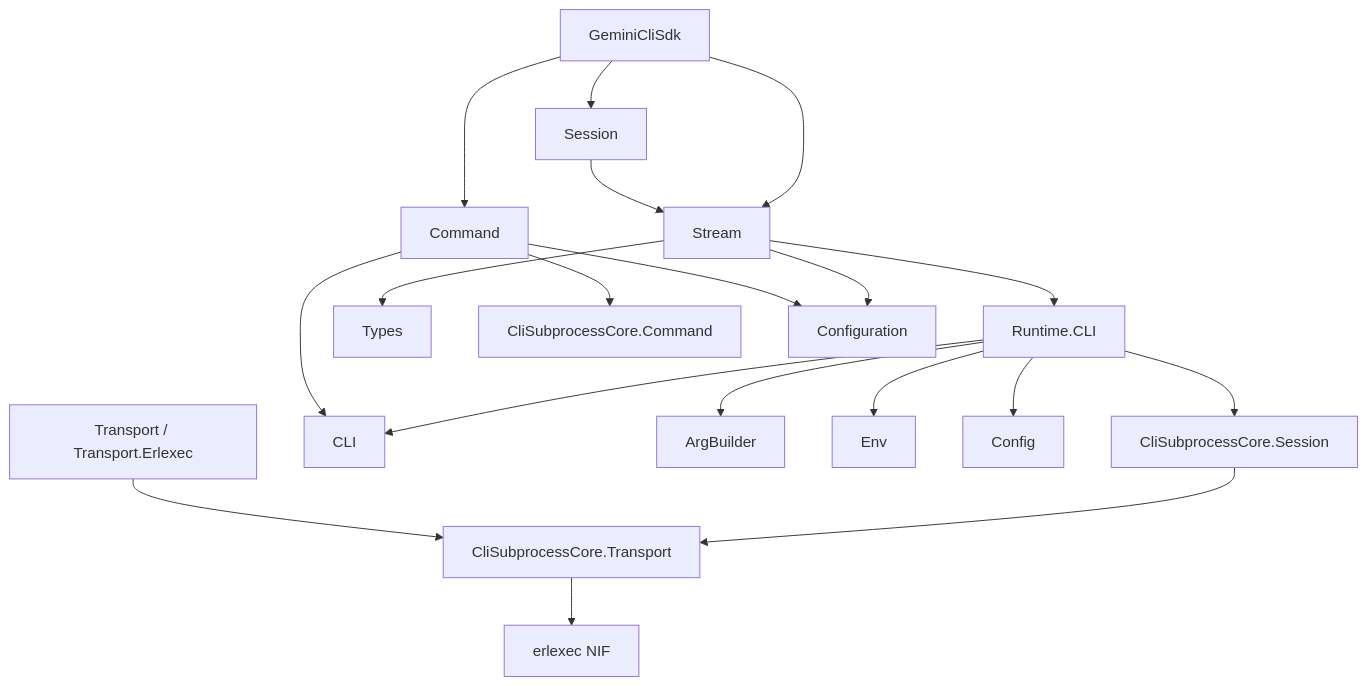
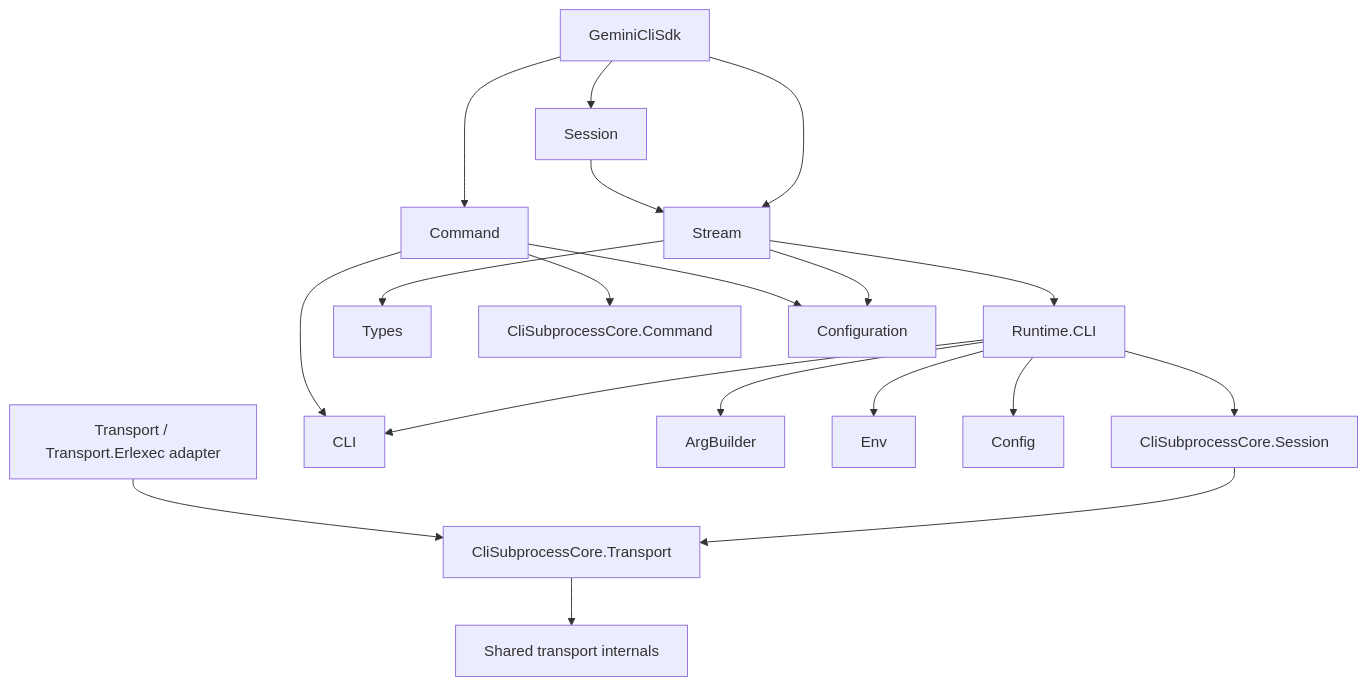
The diagram in guides/architecture.md (nshkrdotcom/gemini_cli_sdk), drawn with Mermaid before and after one commit. The commit also changed other lines of this file and 1 other file, not shown here.

````diff
--- a/guides/architecture.md
+++ b/guides/architecture.md
@@ -7,21 +7,21 @@
 ```mermaid
 graph TD
     A[GeminiCliSdk] --> B[Stream]
     A --> C[Command]
     A --> D[Session]
     B --> E[Runtime.CLI]
     E --> F[CliSubprocessCore.Session]
     F --> G[CliSubprocessCore.Transport]
-    G --> H[erlexec NIF]
+    G --> H[Shared transport internals]
     E --> I[CLI]
     E --> J[ArgBuilder]
     E --> K[Env]
     E --> L[Config]
     B --> M[Types]
     C --> Q[CliSubprocessCore.Command]
     C --> I
     B --> O[Configuration]
     C --> O
     D --> B
-    P[Transport / Transport.Erlexec] --> G
+    P[Transport / Transport.Erlexec adapter] --> G
 ```
````
